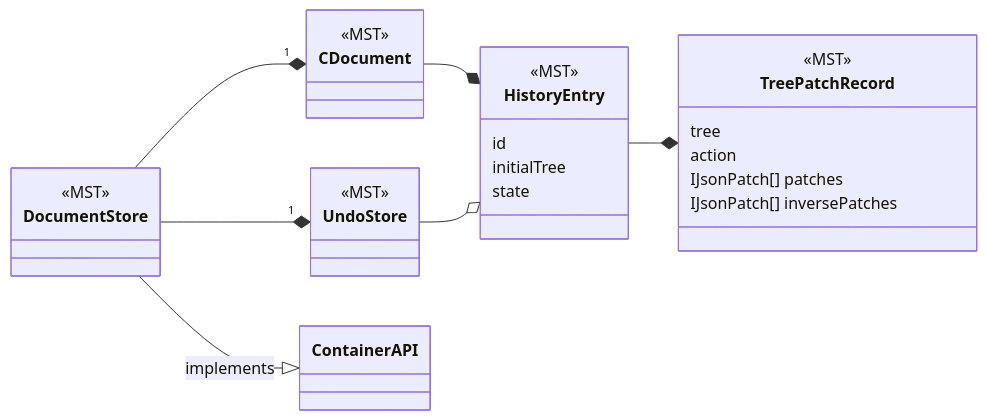
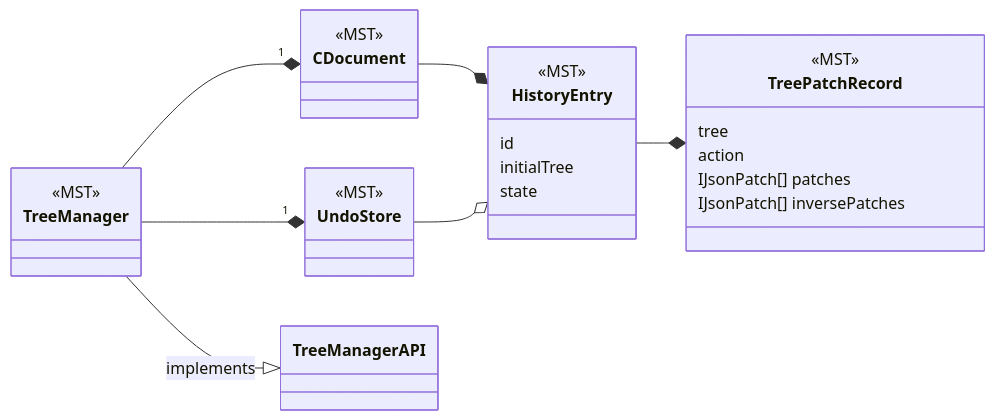
One commit to concord-consortium/collaborative-learning changed the first of 6 diagrams in docs/history-framework.md. Above: the diagram before and after it, drawn with Mermaid. The commit also changed other lines of this file and 8 other files, not shown here.

Commit message:
rename container to tree manager

````diff
--- a/docs/history-framework.md
+++ b/docs/history-framework.md
@@ -25,33 +22,33 @@
 ```mermaid
 classDiagram
 title hello
 direction LR
 class TreePatchRecord {
   <<MST>>
   tree
   action
   IJsonPatch[] patches
   IJsonPatch[] inversePatches
 }
 class HistoryEntry {
   <<MST>>
   id
   initialTree
   state
 }
 class CDocument {  
   <<MST>>
 }
 class UndoStore {  
   <<MST>>
 }
-class DocumentStore {
+class TreeManager {
   <<MST>>
 }
 HistoryEntry --* TreePatchRecord
 CDocument --* HistoryEntry
 UndoStore --o HistoryEntry
-DocumentStore --* "1" CDocument
-DocumentStore --* "1" UndoStore
-DocumentStore --|> ContainerAPI : implements
+TreeManager --* "1" CDocument
+TreeManager --* "1" UndoStore
+TreeManager --|> TreeManagerAPI : implements
 ```
````
